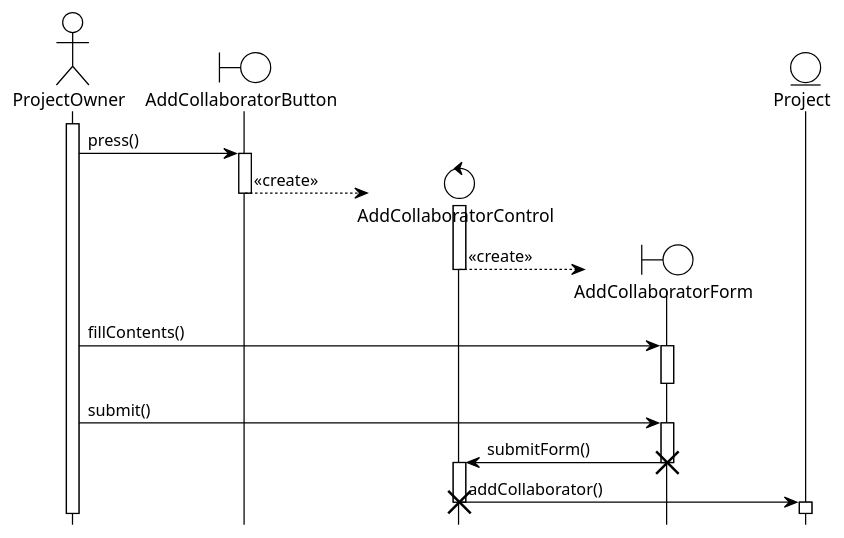
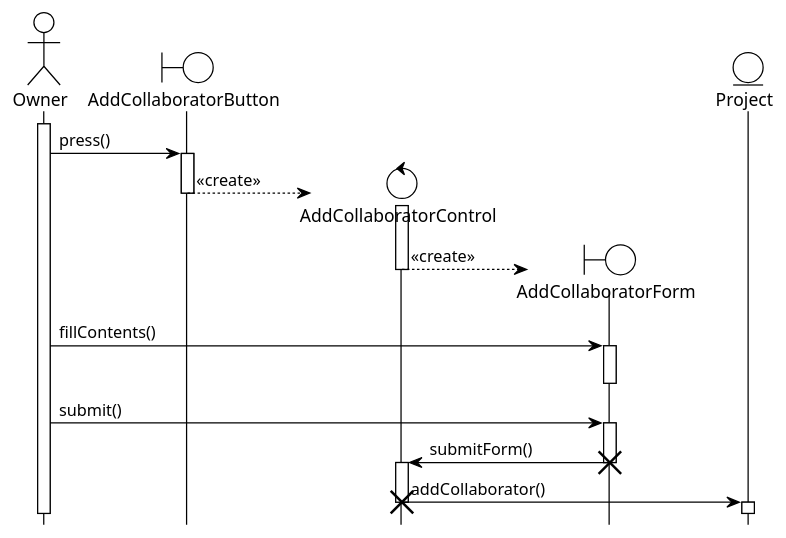
One commit to BlueMango10/Project-uml changed the diagram in Use case sequence diagrams/AddCollaborator.puml. Above: the diagram before and after it, drawn with PlantUML. The commit also changed 22 other files, not shown here.

Commit message:
redfined sequence diagrams and use case

```diff
--- a/Use case sequence diagrams/AddCollaborator.puml
+++ b/Use case sequence diagrams/AddCollaborator.puml
@@ -1,39 +1,39 @@
 @startuml AddCollaborator
 !theme plain
 hide footbox
-actor ProjectOwner as po
+actor Owner as po
 boundary AddCollaboratorButton as acb
 control AddCollaboratorControl as acc
 boundary AddCollaboratorForm as acf
 entity Project as p
 
 activate po
 
 po -> acb : press()
 activate acb
 
 create acc
 acb --> acc : <<create>>
 deactivate acb
 activate acc
 
 create acf
 acc --> acf : <<create>>
 deactivate acc
 
 po -> acf : fillContents()
 activate acf
 deactivate acf
 
 po -> acf : submit()
 activate acf
 
 acf -> acc : submitForm()
 destroy acf
 activate acc
 
 acc -> p : addCollaborator()
 destroy acc
 activate p
 deactivate p
 @enduml
```
